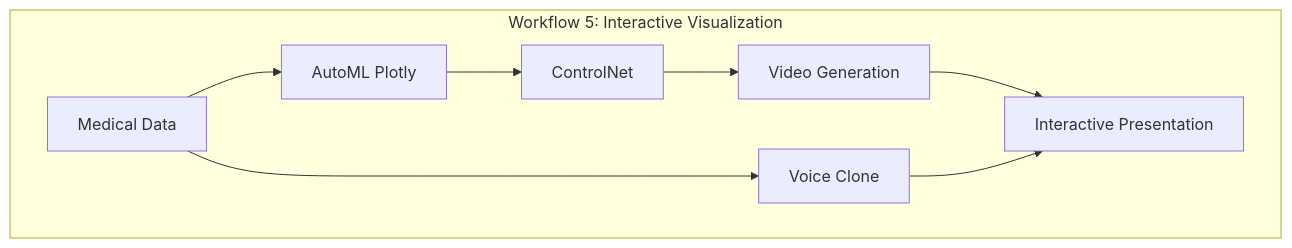
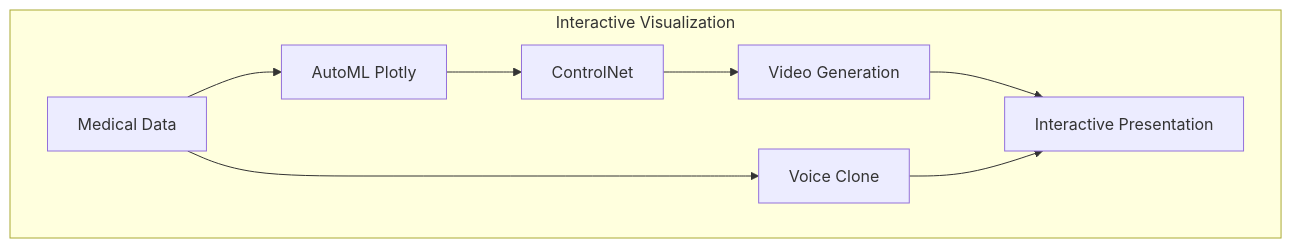
The fifth of 5 diagrams in Mermaid/MultimodalAIPipelines.md (AaronCWacker/Yggdrasil), drawn with Mermaid before and after one commit. The commit also changed other lines of this file, not shown here.

````diff
--- a/Mermaid/MultimodalAIPipelines.md
+++ b/Mermaid/MultimodalAIPipelines.md
@@ -58,11 +58,11 @@
 ```mermaid
 graph TD
-    subgraph "Workflow 5: Interactive Visualization"
+    subgraph "Interactive Visualization"
         DATA[Medical Data] --> PLOT[AutoML Plotly]
         PLOT --> IMG3[ControlNet]
         IMG3 --> VID2[Video Generation]
         DATA --> VOICE[Voice Clone]
         VID2 --> PRESENT[Interactive Presentation]
         VOICE --> PRESENT
     end
 ```
````
